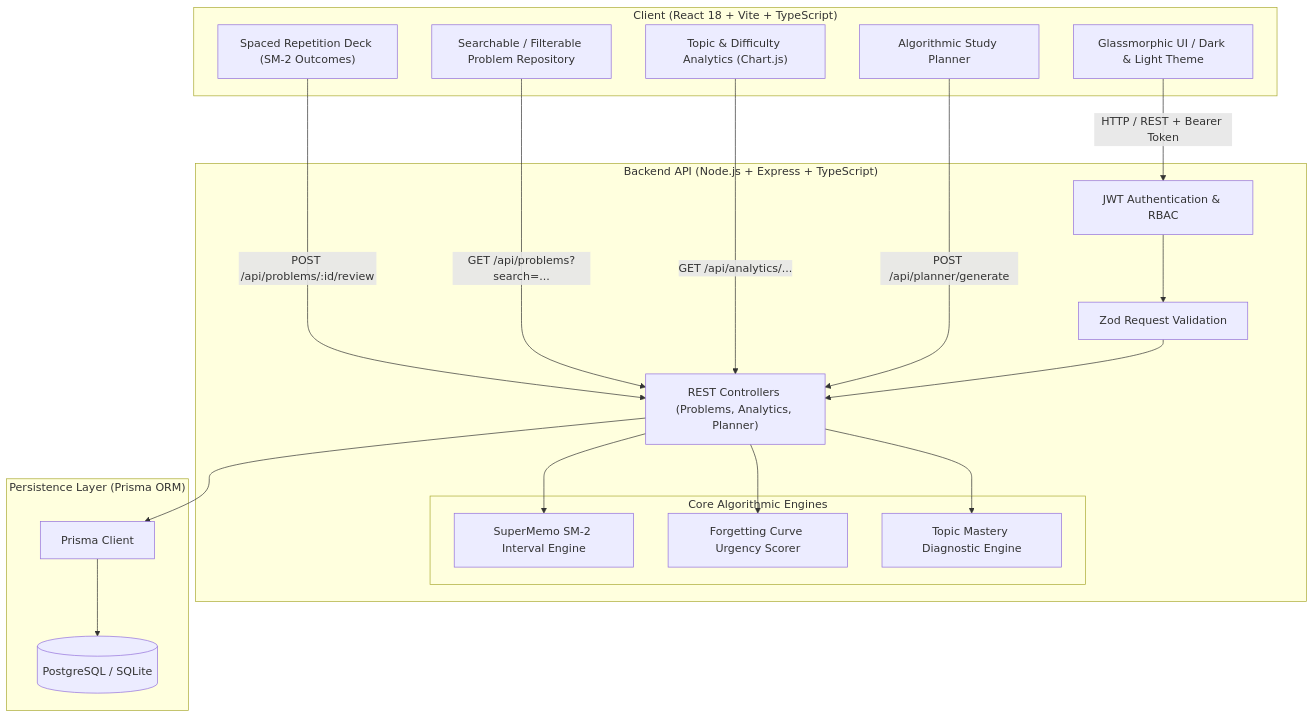
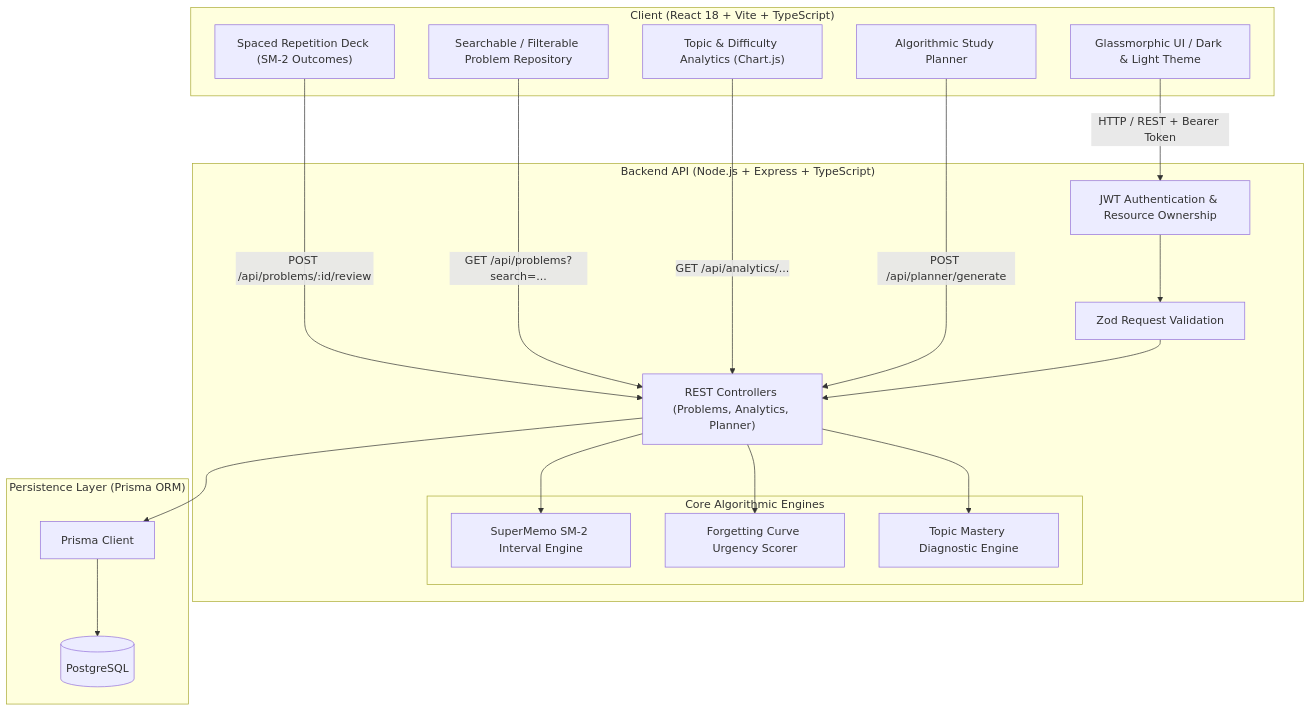
The diagram in README.md (Shrehak/track-my-dsa), drawn with Mermaid before and after one commit. The commit also changed other lines of this file and 31 other files, not shown here.

````diff
--- a/README.md
+++ b/README.md
@@ -28,39 +28,39 @@
 ```mermaid
 graph TD
     subgraph Frontend ["Client (React 18 + Vite + TypeScript)"]
         UI["Glassmorphic UI / Dark & Light Theme"]
         Deck["Spaced Repetition Deck (SM-2 Outcomes)"]
         Grid["Searchable / Filterable Problem Repository"]
         Charts["Topic & Difficulty Analytics (Chart.js)"]
         Planner["Algorithmic Study Planner"]
     end
 
     subgraph Backend ["Backend API (Node.js + Express + TypeScript)"]
-        AuthMiddleware["JWT Authentication & RBAC"]
+        AuthMiddleware["JWT Authentication & Resource Ownership"]
         ZodValidator["Zod Request Validation"]
         Controllers["REST Controllers (Problems, Analytics, Planner)"]
         
         subgraph Algorithms ["Core Algorithmic Engines"]
             SM2["SuperMemo SM-2 Interval Engine"]
             Urgency["Forgetting Curve Urgency Scorer"]
             Mastery["Topic Mastery Diagnostic Engine"]
         end
     end
 
     subgraph Database ["Persistence Layer (Prisma ORM)"]
         PrismaClient["Prisma Client"]
-        DB[("PostgreSQL / SQLite")]
+        DB[("PostgreSQL")]
     end
 
     UI -->|HTTP / REST + Bearer Token| AuthMiddleware
     Deck -->|POST /api/problems/:id/review| Controllers
     Grid -->|GET /api/problems?search=...| Controllers
     Charts -->|GET /api/analytics/...| Controllers
     Planner -->|POST /api/planner/generate| Controllers
 
     AuthMiddleware --> ZodValidator --> Controllers
     Controllers --> SM2
     Controllers --> Urgency
     Controllers --> Mastery
     Controllers --> PrismaClient --> DB
 ```
````
